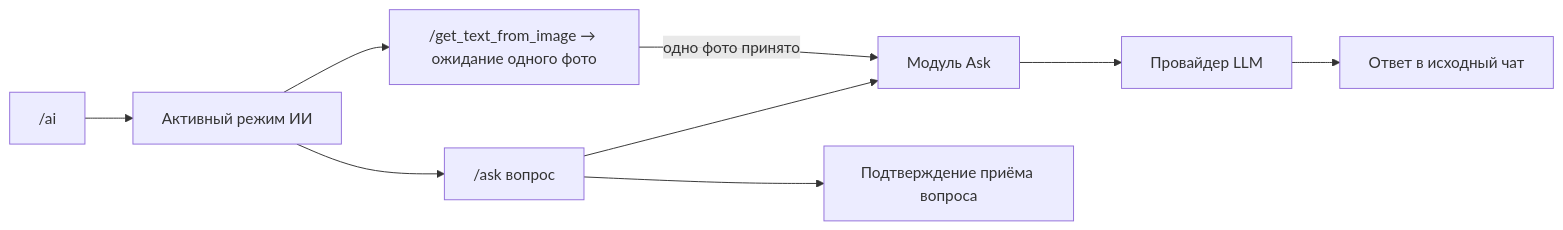
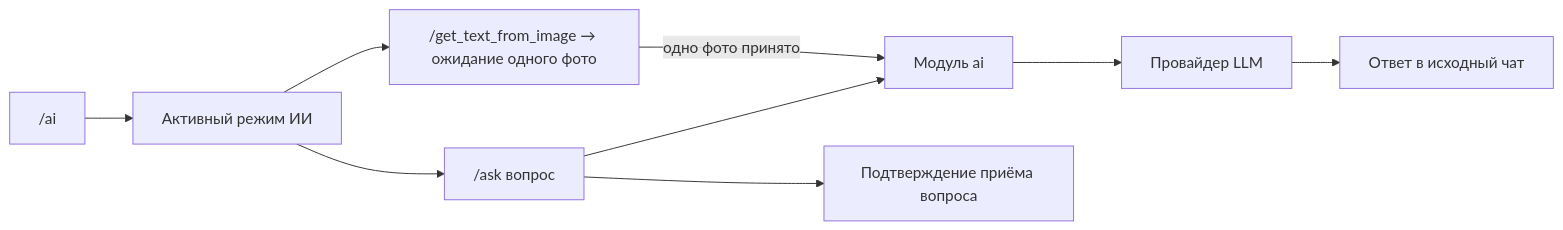
One commit to karateka-git/compadre-assistant changed the second of 3 diagrams in README.md. Above: the diagram before and after it, drawn with Mermaid. The commit also changed other lines of this file and 47 other files, not shown here.

````diff
--- a/README.md
+++ b/README.md
@@ -75,11 +75,11 @@
 ```mermaid
 flowchart LR
     Enter["/ai"] --> Mode[Активный режим ИИ]
     Mode --> Question["/ask вопрос"]
     Mode --> Photo["/get_text_from_image → ожидание одного фото"]
-    Question --> Ask[Модуль Ask]
+    Question --> Ai["Модуль ai"]
     Question --> Ack[Подтверждение приёма вопроса]
-    Photo -->|одно фото принято| Ask
-    Ask --> LLM[Провайдер LLM]
+    Photo -->|одно фото принято| Ai
+    Ai --> LLM[Провайдер LLM]
     LLM --> Answer[Ответ в исходный чат]
 ```
````
